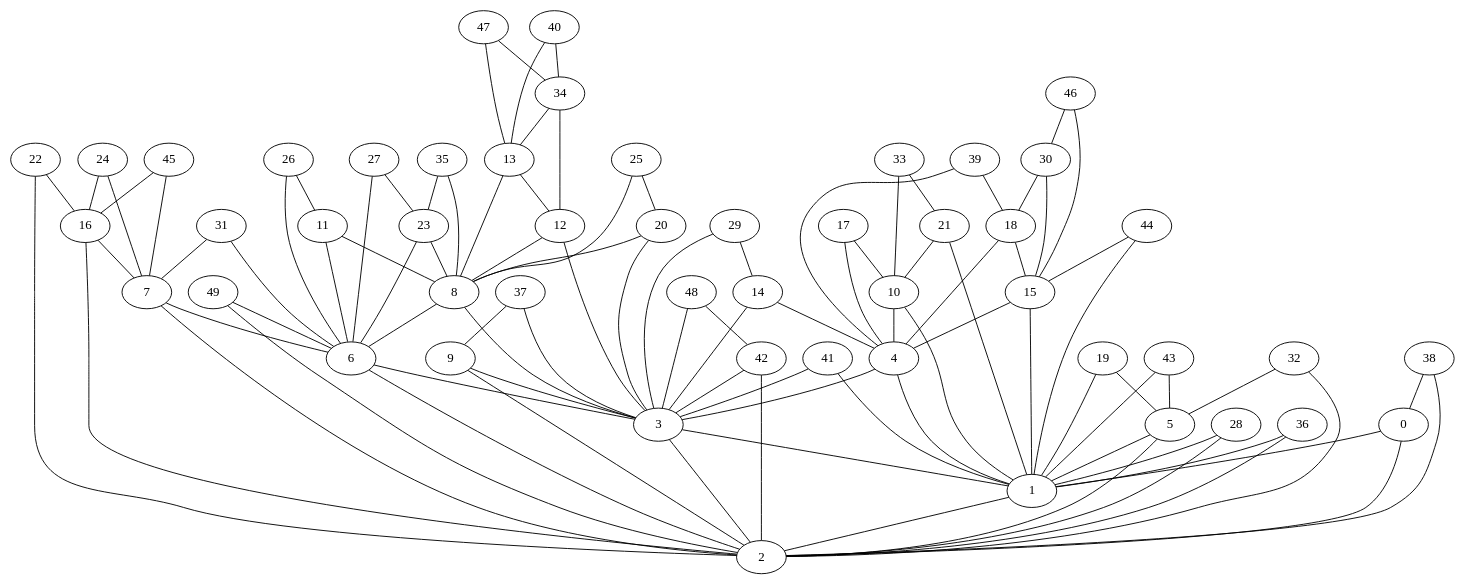
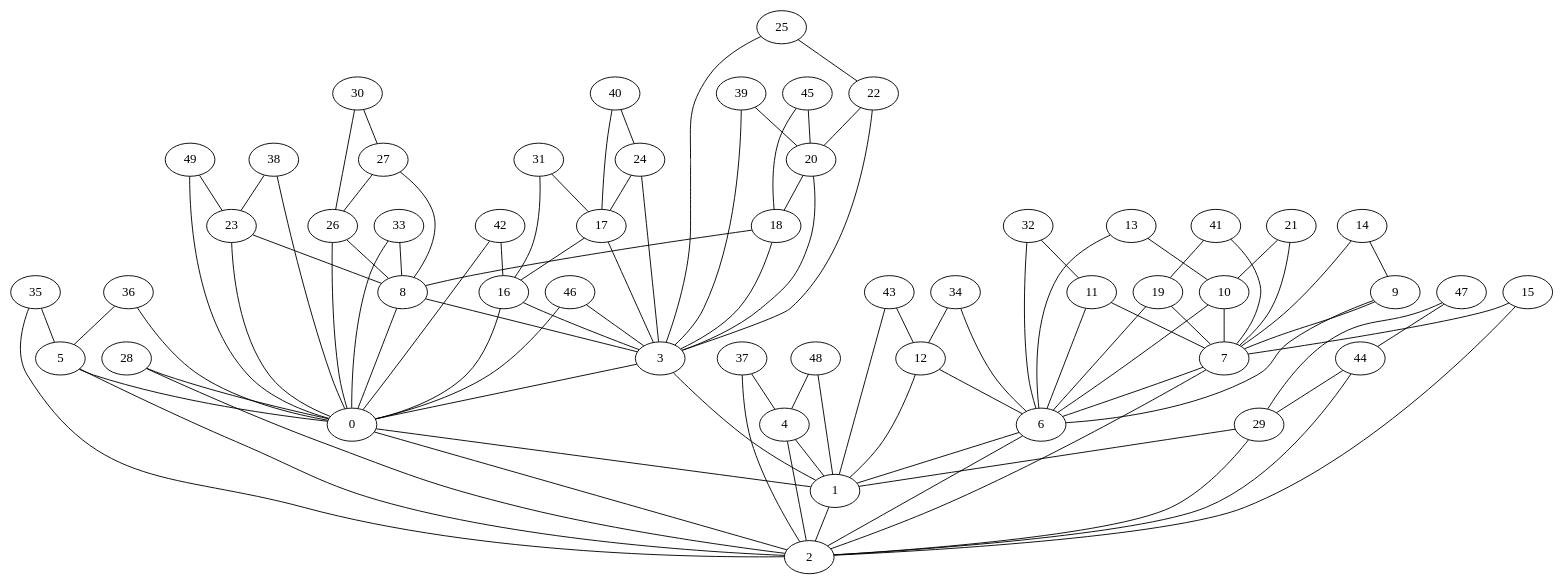
Before and after one commit to humbertoART/BibliotecaGraph: the diagram in Texto_Grafos/gDorogovtsenn1.dot, drawn with Graphviz. The commit also changed 37 other files, not shown here.

```diff
--- a/Texto_Grafos/gDorogovtsenn1.dot
+++ b/Texto_Grafos/gDorogovtsenn1.dot
@@ -1,149 +1,149 @@
 graph G {
   0;
   1;
   2;
   3;
   4;
   5;
   6;
   7;
   8;
   9;
   10;
   11;
   12;
   13;
   14;
   15;
   16;
   17;
   18;
   19;
   20;
   21;
   22;
   23;
   24;
   25;
   26;
   27;
   28;
   29;
   30;
   31;
   32;
   33;
   34;
   35;
   36;
   37;
   38;
   39;
   40;
   41;
   42;
   43;
   44;
   45;
   46;
   47;
   48;
   49;
    0 -- 1;
    1 -- 2;
    2 -- 0;
+   3 -- 0;
    3 -- 1;
-   3 -- 2;
-   4 -- 3;
    4 -- 1;
-   5 -- 1;
+   4 -- 2;
    5 -- 2;
-   6 -- 3;
+   5 -- 0;
+   6 -- 1;
    6 -- 2;
    7 -- 6;
    7 -- 2;
-   8 -- 6;
    8 -- 3;
-   9 -- 3;
-   9 -- 2;
-   10 -- 4;
-   10 -- 1;
-   11 -- 8;
+   8 -- 0;
+   9 -- 7;
+   9 -- 6;
+   10 -- 7;
+   10 -- 6;
+   11 -- 7;
    11 -- 6;
-   12 -- 8;
-   12 -- 3;
-   13 -- 12;
-   13 -- 8;
-   14 -- 4;
-   14 -- 3;
-   15 -- 4;
-   15 -- 1;
-   16 -- 7;
-   16 -- 2;
-   17 -- 10;
-   17 -- 4;
-   18 -- 15;
-   18 -- 4;
-   19 -- 5;
-   19 -- 1;
-   20 -- 8;
+   12 -- 6;
+   12 -- 1;
+   13 -- 10;
+   13 -- 6;
+   14 -- 9;
+   14 -- 7;
+   15 -- 7;
+   15 -- 2;
+   16 -- 3;
+   16 -- 0;
+   17 -- 16;
+   17 -- 3;
+   18 -- 8;
+   18 -- 3;
+   19 -- 7;
+   19 -- 6;
+   20 -- 18;
    20 -- 3;
    21 -- 10;
-   21 -- 1;
-   22 -- 16;
-   22 -- 2;
+   21 -- 7;
+   22 -- 20;
+   22 -- 3;
    23 -- 8;
-   23 -- 6;
-   24 -- 16;
-   24 -- 7;
-   25 -- 20;
-   25 -- 8;
-   26 -- 11;
-   26 -- 6;
-   27 -- 23;
-   27 -- 6;
-   28 -- 1;
+   23 -- 0;
+   24 -- 17;
+   24 -- 3;
+   25 -- 22;
+   25 -- 3;
+   26 -- 8;
+   26 -- 0;
+   27 -- 26;
+   27 -- 8;
    28 -- 2;
-   29 -- 14;
-   29 -- 3;
-   30 -- 18;
-   30 -- 15;
-   31 -- 7;
-   31 -- 6;
-   32 -- 5;
-   32 -- 2;
-   33 -- 21;
-   33 -- 10;
-   34 -- 13;
+   28 -- 0;
+   29 -- 1;
+   29 -- 2;
+   30 -- 27;
+   30 -- 26;
+   31 -- 17;
+   31 -- 16;
+   32 -- 11;
+   32 -- 6;
+   33 -- 8;
+   33 -- 0;
    34 -- 12;
-   35 -- 23;
-   35 -- 8;
-   36 -- 1;
-   36 -- 2;
-   37 -- 9;
-   37 -- 3;
-   38 -- 2;
+   34 -- 6;
+   35 -- 5;
+   35 -- 2;
+   36 -- 5;
+   36 -- 0;
+   37 -- 4;
+   37 -- 2;
+   38 -- 23;
    38 -- 0;
-   39 -- 18;
-   39 -- 4;
-   40 -- 34;
-   40 -- 13;
-   41 -- 3;
-   41 -- 1;
-   42 -- 3;
-   42 -- 2;
-   43 -- 5;
+   39 -- 20;
+   39 -- 3;
+   40 -- 24;
+   40 -- 17;
+   41 -- 19;
+   41 -- 7;
+   42 -- 16;
+   42 -- 0;
+   43 -- 12;
    43 -- 1;
-   44 -- 15;
-   44 -- 1;
-   45 -- 16;
-   45 -- 7;
-   46 -- 30;
-   46 -- 15;
-   47 -- 34;
-   47 -- 13;
-   48 -- 42;
-   48 -- 3;
-   49 -- 6;
-   49 -- 2;
+   44 -- 29;
+   44 -- 2;
+   45 -- 20;
+   45 -- 18;
+   46 -- 3;
+   46 -- 0;
+   47 -- 44;
+   47 -- 29;
+   48 -- 4;
+   48 -- 1;
+   49 -- 23;
+   49 -- 0;
 }
```
